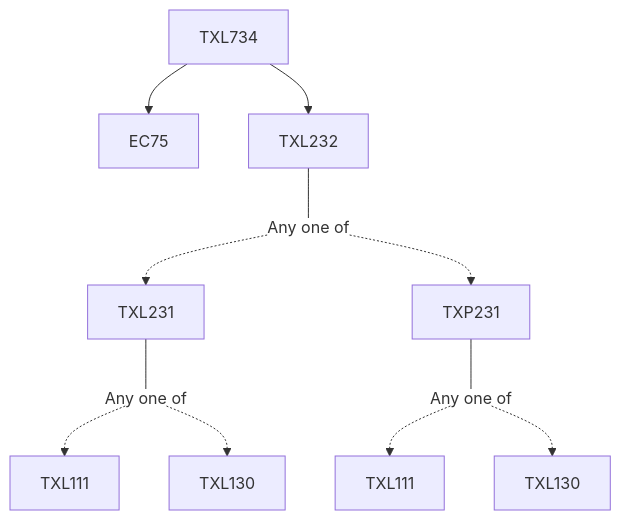
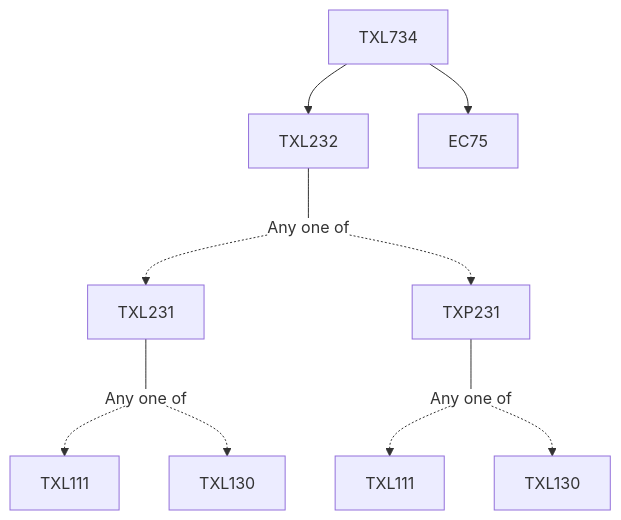
One commit to KeshavBansal0122/CoS_Website changed the diagram in content/Textile and Fibre Engineering/TXL734.md. Above: the diagram before and after it, drawn with Mermaid. The commit also changed other lines of this file and 2667 other files, not shown here.

````diff
--- a/content/Textile and Fibre Engineering/TXL734.md
+++ b/content/Textile and Fibre Engineering/TXL734.md
@@ -15,18 +13,18 @@
 ```mermaid
 flowchart TD
-TXL734-410[TXL734]
-TXL734-410 --> EC75-410[EC75]
-TXL232-410 --- Or411[Any one of]:::empty
-TXL231-412 --- Or413[Any one of]:::empty
-Or413 -.-> TXL111-414[TXL111]
-Or413 -.-> TXL130-415[TXL130]
-Or411 -.-> TXL231-412[TXL231]
-TXP231-416 --- Or417[Any one of]:::empty
-Or417 -.-> TXL111-418[TXL111]
-Or417 -.-> TXL130-419[TXL130]
-Or411 -.-> TXP231-416[TXP231]
-TXL734-410 --> TXL232-410[TXL232]
+TXL734-799[TXL734]
+TXL232-799 --- Or800[Any one of]:::empty
+Or800 -.-> TXL231-801[TXL231]
+TXL231-801 --- Or802[Any one of]:::empty
+Or802 -.-> TXL111-803[TXL111]
+Or802 -.-> TXL130-804[TXL130]
+Or800 -.-> TXP231-805[TXP231]
+TXP231-805 --- Or806[Any one of]:::empty
+Or806 -.-> TXL111-807[TXL111]
+Or806 -.-> TXL130-808[TXL130]
+TXL734-799 --> TXL232-799[TXL232]
+TXL734-799 --> EC75-799[EC75]
 
 classDef empty height:17px, fill:transparent, stroke:transparent;
 classDef trueEmpty height:0px, width:0px;
 ```
````
